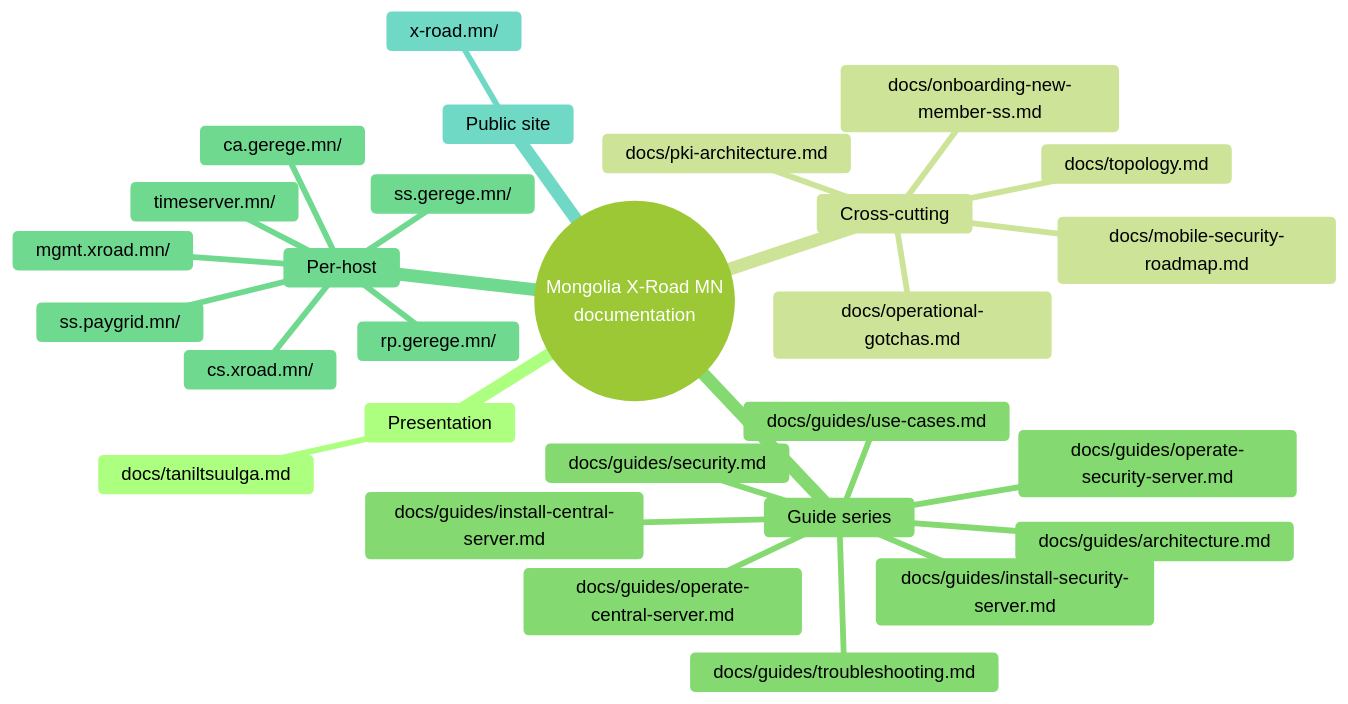
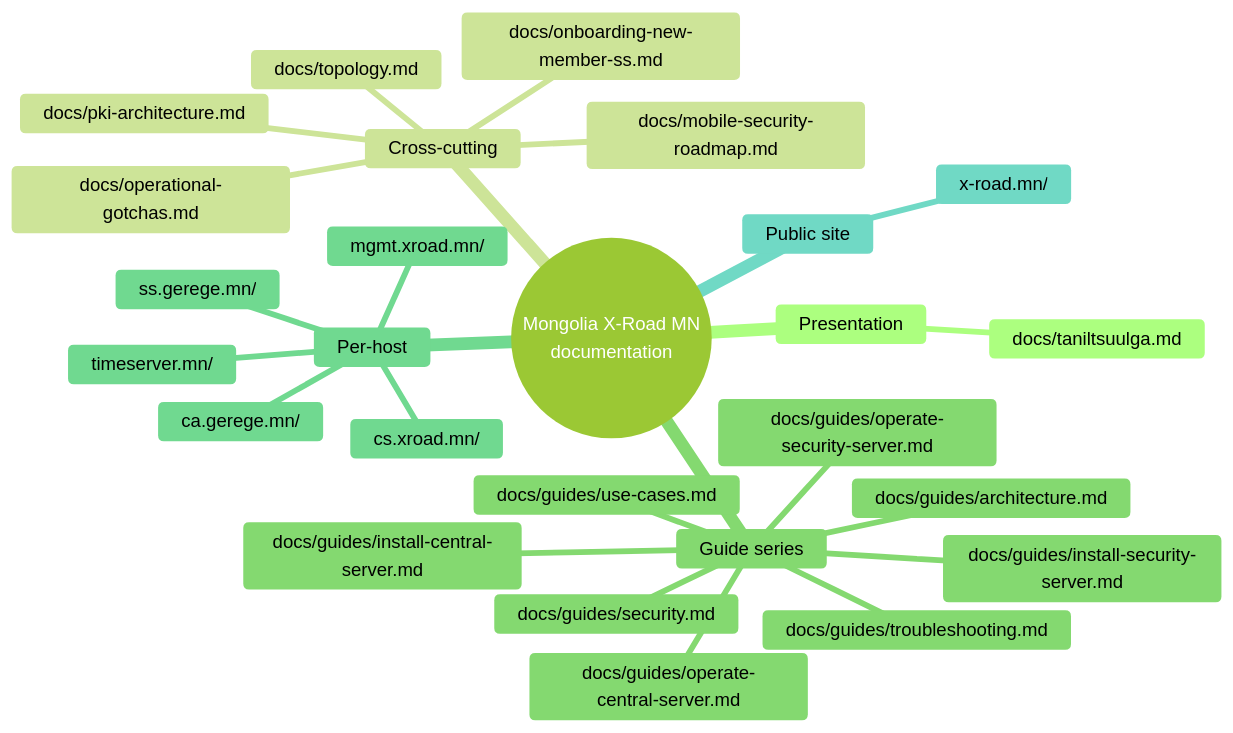
Before and after one commit to geregedevops/xroad-mongolia-mn: the third of 3 diagrams in README.md, drawn with Mermaid (forest theme). The commit also changed other lines of this file and 3 other files, not shown here.

````diff
--- a/README.md
+++ b/README.md
@@ -136,31 +121,29 @@
 ```mermaid
 mindmap
   root((Mongolia X-Road MN<br/>documentation))
     Presentation
       docs/taniltsuulga.md
     Cross-cutting
       docs/topology.md
       docs/pki-architecture.md
       docs/onboarding-new-member-ss.md
       docs/operational-gotchas.md
       docs/mobile-security-roadmap.md
     Guide series
       docs/guides/architecture.md
       docs/guides/install-central-server.md
       docs/guides/install-security-server.md
       docs/guides/operate-central-server.md
       docs/guides/operate-security-server.md
       docs/guides/use-cases.md
       docs/guides/troubleshooting.md
       docs/guides/security.md
     Per-host
       cs.xroad.mn/
       mgmt.xroad.mn/
-      rp.gerege.mn/
       ss.gerege.mn/
-      ss.paygrid.mn/
       ca.gerege.mn/
       timeserver.mn/
     Public site
       x-road.mn/
 ```
````
